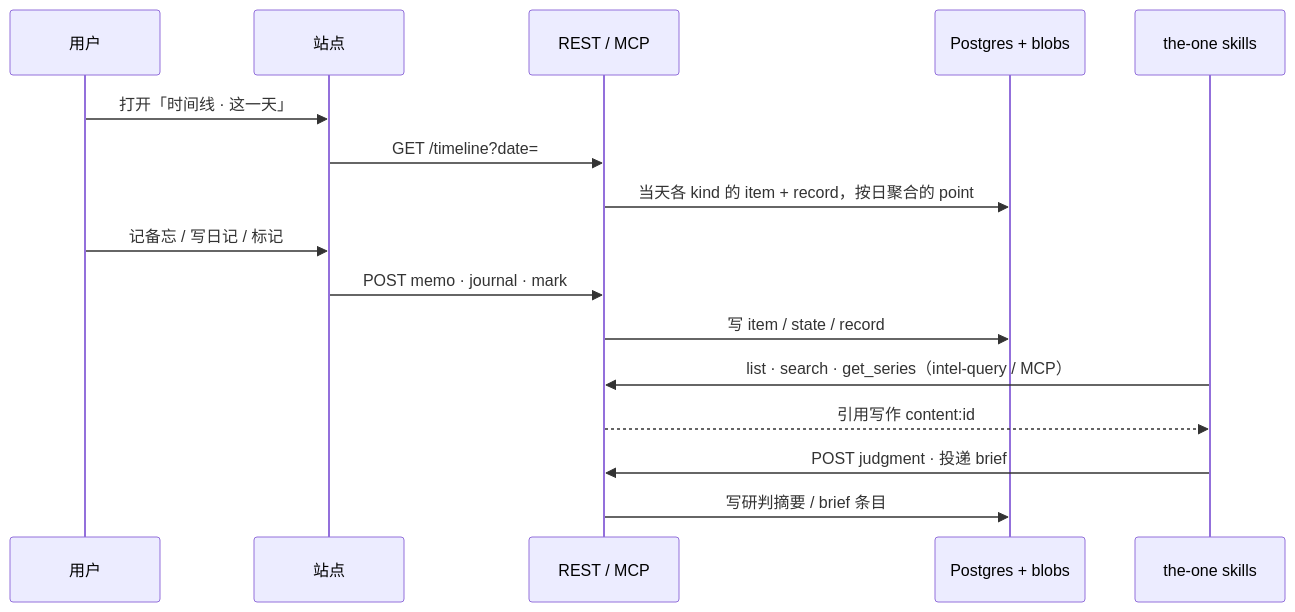
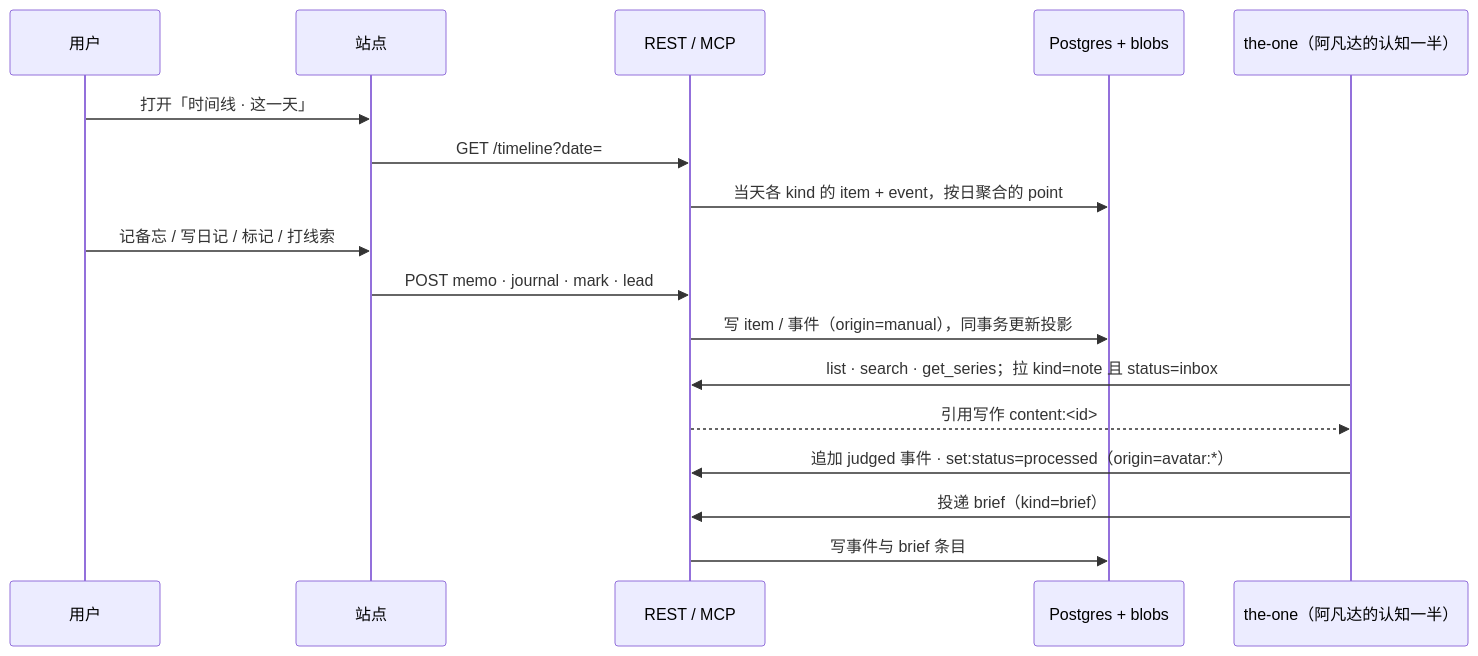
The fourth of 4 diagrams in docs/design_data_model.md (keylin/allin-one), drawn with Mermaid before and after one commit. The commit also changed other lines of this file and 1 other file, not shown here.

Commit message:
docs: design_data_model v1.1——按 the-one 决策 D12–D21 回填（事件为真相、状态为投影、采集原件、策略字段、brief kind、推迟项）

````diff
--- a/docs/design_data_model.md
+++ b/docs/design_data_model.md
@@ -220,18 +337,19 @@
 ```mermaid
 sequenceDiagram
   participant U as 用户
   participant W as 站点
   participant API as REST / MCP
   participant DB as Postgres + blobs
-  participant T as the-one skills
+  participant T as the-one（阿凡达的认知一半）
   U->>W: 打开「时间线 · 这一天」
   W->>API: GET /timeline?date=
-  API->>DB: 当天各 kind 的 item + record，按日聚合的 point
-  U->>W: 记备忘 / 写日记 / 标记
-  W->>API: POST memo · journal · mark
-  API->>DB: 写 item / state / record
-  T->>API: list · search · get_series（intel-query / MCP）
-  API-->>T: 引用写作 content:id
-  T->>API: POST judgment · 投递 brief
-  API->>DB: 写研判摘要 / brief 条目
+  API->>DB: 当天各 kind 的 item + event，按日聚合的 point
+  U->>W: 记备忘 / 写日记 / 标记 / 打线索
+  W->>API: POST memo · journal · mark · lead
+  API->>DB: 写 item / 事件（origin=manual），同事务更新投影
+  T->>API: list · search · get_series；拉 kind=note 且 status=inbox
+  API-->>T: 引用写作 content:<id>
+  T->>API: 追加 judged 事件 · set:status=processed（origin=avatar:*）
+  T->>API: 投递 brief（kind=brief）
+  API->>DB: 写事件与 brief 条目
 ```
````
